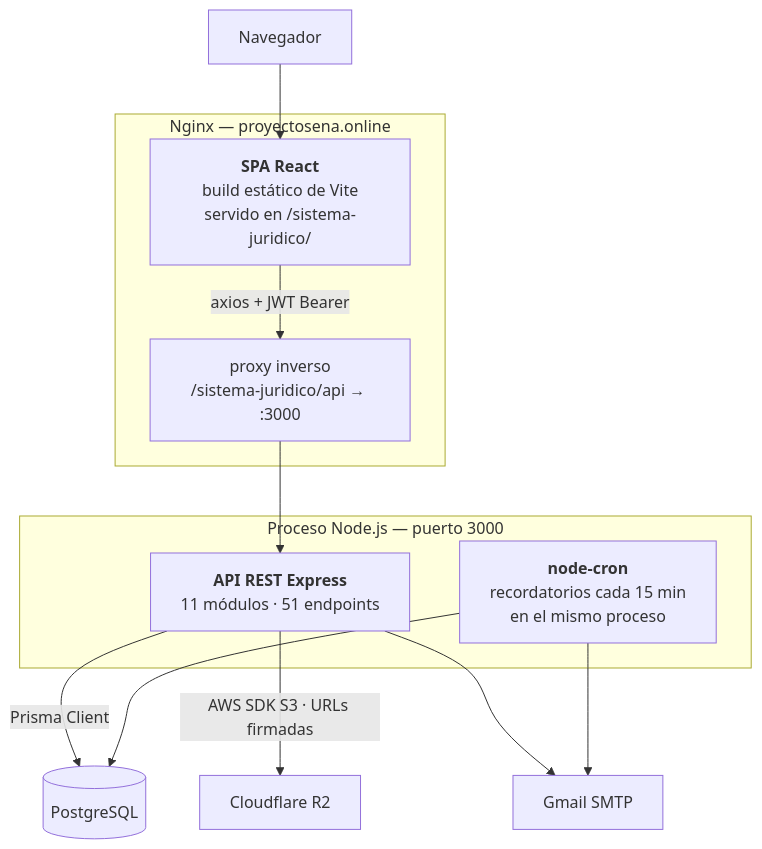
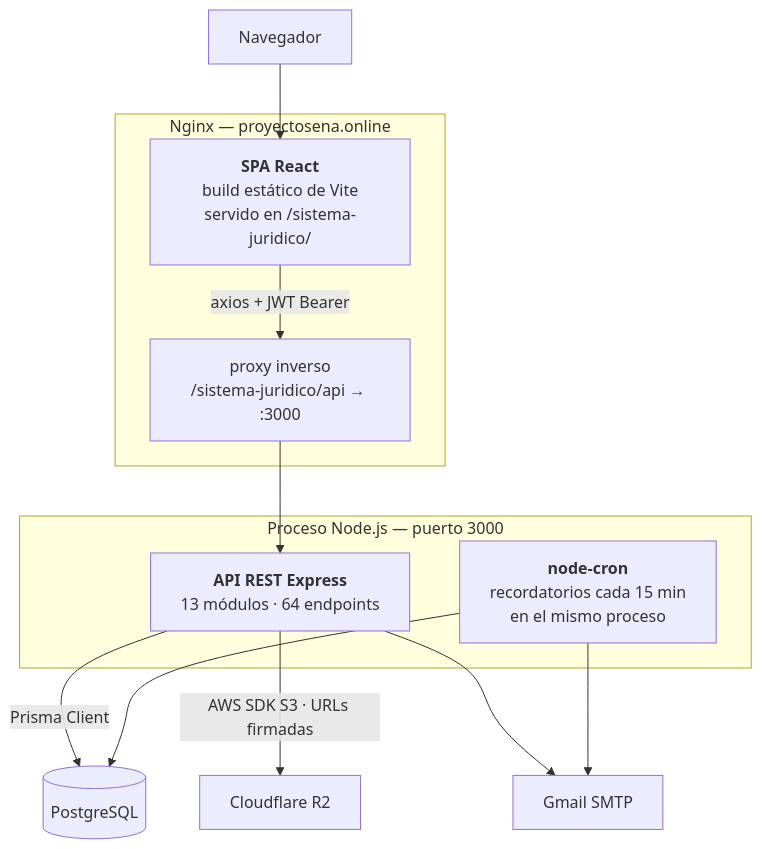
Before and after one commit to Aryannext/sistema-juridico: the second of 7 diagrams in docs/01-ARQUITECTURA.md, drawn with Mermaid. The commit also changed other lines of this file and 7 other files, not shown here.

````diff
--- a/docs/01-ARQUITECTURA.md
+++ b/docs/01-ARQUITECTURA.md
@@ -94,27 +94,27 @@
 ```mermaid
 graph TB
     NAV["Navegador"]
 
     subgraph "Nginx — proyectosena.online"
         SPA["<b>SPA React</b><br/>build estático de Vite<br/>servido en /sistema-juridico/"]
         PROXY["proxy inverso<br/>/sistema-juridico/api → :3000"]
     end
 
     subgraph "Proceso Node.js — puerto 3000"
-        API["<b>API REST Express</b><br/>11 módulos · 51 endpoints"]
+        API["<b>API REST Express</b><br/>13 módulos · 64 endpoints"]
         CRON["<b>node-cron</b><br/>recordatorios cada 15 min<br/>en el mismo proceso"]
     end
 
     DB[("PostgreSQL")]
     R2["Cloudflare R2"]
     MAIL["Gmail SMTP"]
 
     NAV --> SPA
     SPA -->|"axios + JWT Bearer"| PROXY
     PROXY --> API
     API -->|"Prisma Client"| DB
     API -->|"AWS SDK S3 · URLs firmadas"| R2
     API --> MAIL
     CRON --> DB
     CRON --> MAIL
 ```
````
